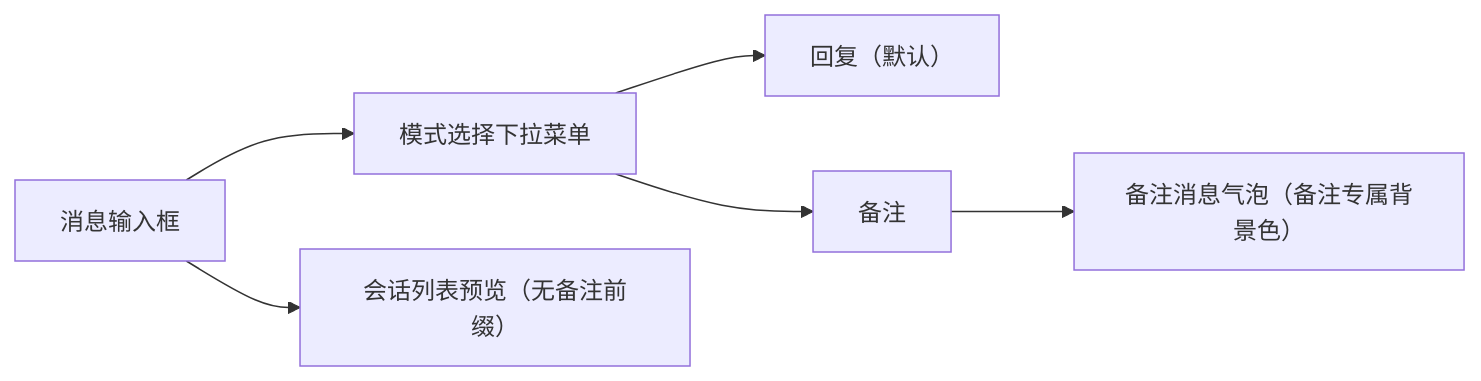
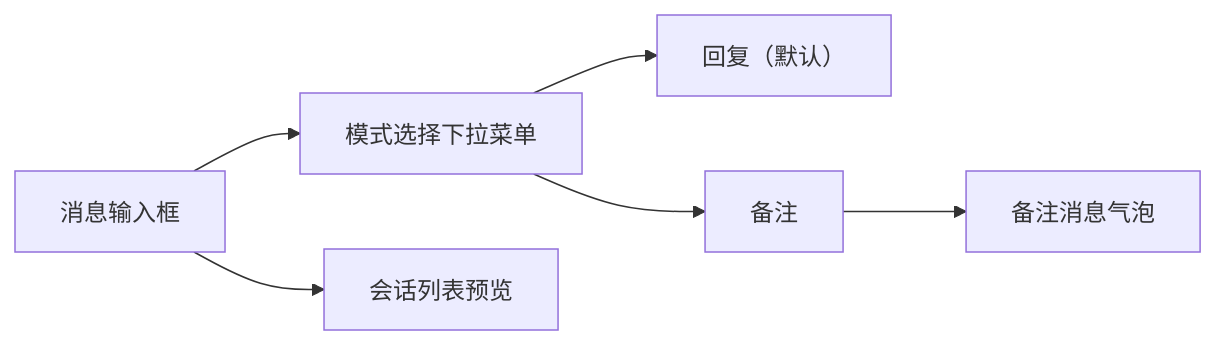
The first of 2 diagrams in docs/PRD-在线会话Note内部备注.md (goeye/twt), drawn with Mermaid before and after one commit. The commit also changed other lines of this file and 3 other files, not shown here.

First line of the commit message:
更新消息模块搜索框和筛选行图标样式

````diff
--- a/docs/PRD-在线会话Note内部备注.md
+++ b/docs/PRD-在线会话Note内部备注.md
@@ -42,8 +42,8 @@
 ```mermaid
 graph LR
   A["消息输入框"] --> B["模式选择下拉菜单"]
   B --> C["回复（默认）"]
   B --> D["备注"]
-  D --> E["备注消息气泡（备注专属背景色）"]
-  A --> G["会话列表预览（无备注前缀）"]
+  D --> E["备注消息气泡"]
+  A --> G["会话列表预览"]
 ```
````
